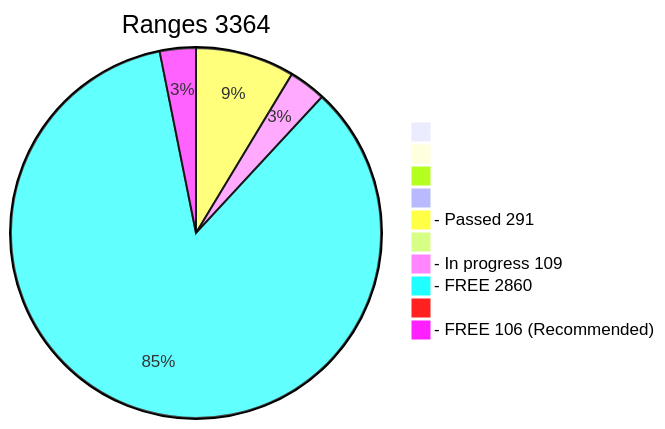
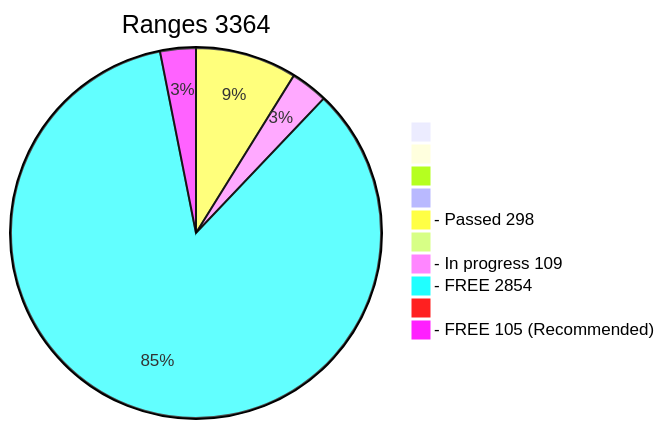
Before and after one commit to phrutis/wif500: the diagram in x64/Release/table.md, drawn with Mermaid. The commit also changed other lines of this file, not shown here.

````diff
--- a/x64/Release/table.md
+++ b/x64/Release/table.md
@@ -2,13 +2,13 @@
 ```mermaid
 pie title Ranges 3364
   " " : 0
   "  " : 0
   "   " : 0
   "    " : 0
-  "- Passed 291" : 291
+  "- Passed 298" : 298
   "     " : 0
   "- In progress 109" : 109
-  "- FREE 2860" : 2860
+  "- FREE 2854" : 2854
   "      " : 0
-  "- FREE 106 (Recommended)" : 106
+  "- FREE 105 (Recommended)" : 105
 ```
````
